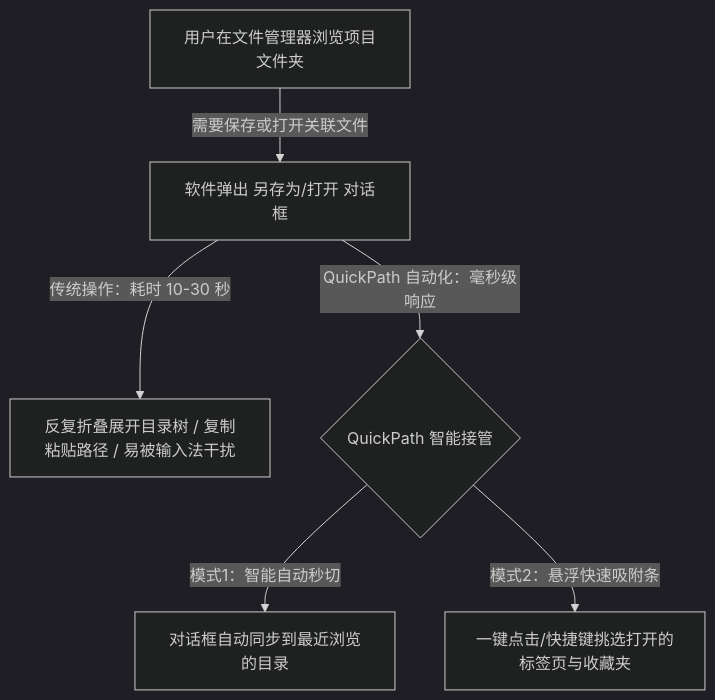
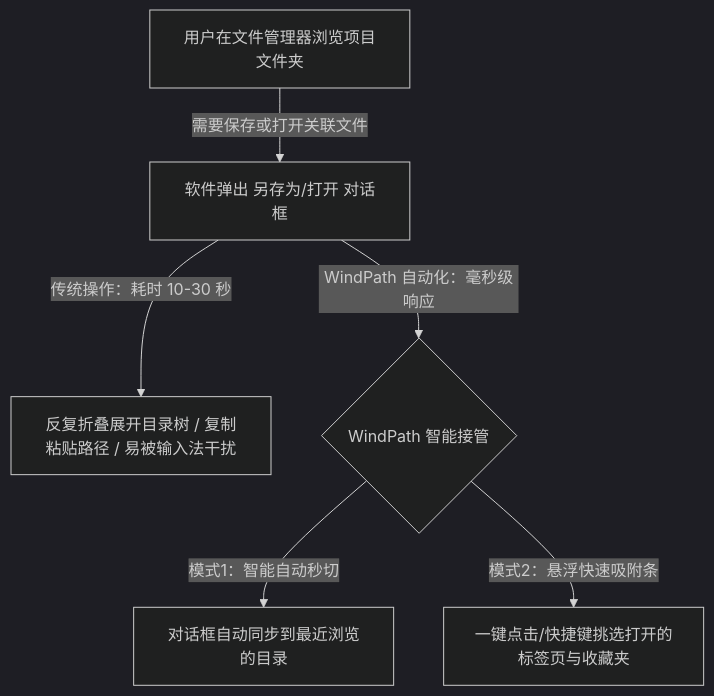
Before and after one commit to clhome/QuickPath: the first of 2 diagrams in prd.md, drawn with Mermaid (dark theme). The commit also changed other lines of this file and 38 other files, not shown here.

````diff
--- a/prd.md
+++ b/prd.md
@@ -29,8 +31,8 @@
 ```mermaid
 graph TD
     A[用户在文件管理器浏览项目文件夹] -->|需要保存或打开关联文件| B[软件弹出 另存为/打开 对话框]
     B -->|传统操作：耗时 10-30 秒| C[反复折叠展开目录树 / 复制粘贴路径 / 易被输入法干扰]
-    B -->|QuickPath 自动化：毫秒级响应| D{QuickPath 智能接管}
+    B -->|WindPath 自动化：毫秒级响应| D{WindPath 智能接管}
     D -->|模式1：智能自动秒切| E[对话框自动同步到最近浏览的目录]
     D -->|模式2：悬浮快速吸附条| F[一键点击/快捷键挑选打开的标签页与收藏夹]
 ```
````
